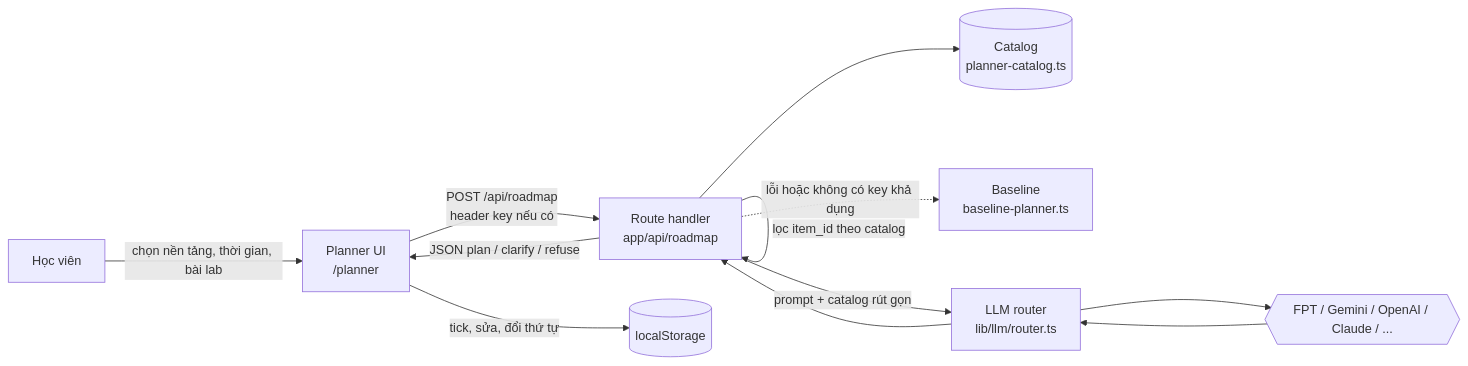
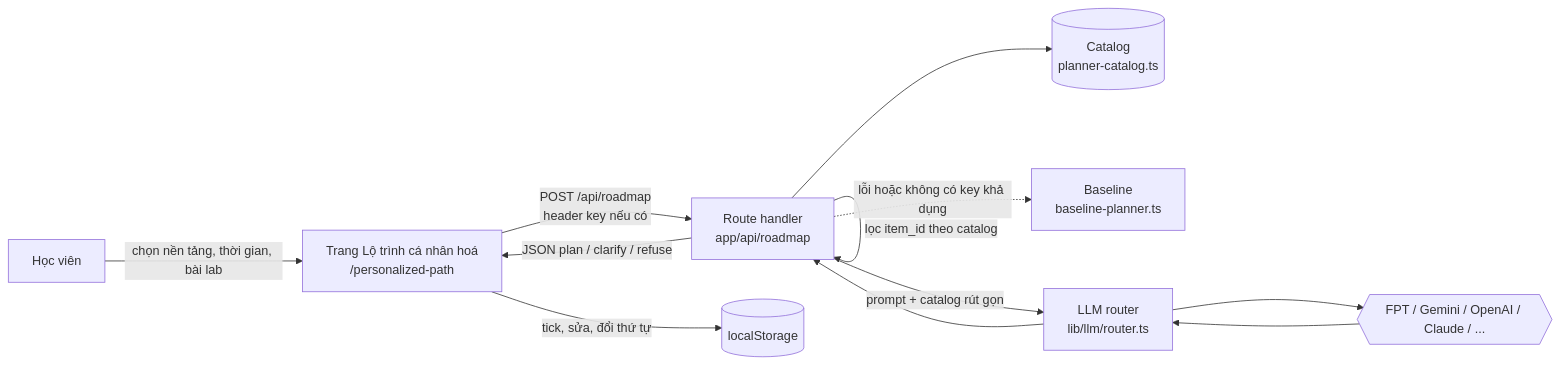
One commit to Dokhacgiakhoa/K4-3A-e403-Vinonymus changed the diagram in docs/02-kien-truc.md. Above: the diagram before and after it, drawn with Mermaid. The commit also changed other lines of this file and 19 other files, not shown here.

First line of the commit message:
feat: rename planner page to Personalized Learning Path at /personalized-path

````diff
--- a/docs/02-kien-truc.md
+++ b/docs/02-kien-truc.md
@@ -7,14 +7,14 @@
 ```mermaid
 flowchart LR
-    U[Học viên] -->|chọn nền tảng, thời gian, bài lab| W[Planner UI<br/>/planner]
+    U[Học viên] -->|chọn nền tảng, thời gian, bài lab| W[Trang Lộ trình cá nhân hoá<br/>/personalized-path]
     W -->|POST /api/roadmap<br/>header key nếu có| R[Route handler<br/>app/api/roadmap]
     R -->|validate zod| R
     R --> C[(Catalog<br/>planner-catalog.ts)]
     R -->|prompt + catalog rút gọn| L[LLM router<br/>lib/llm/router.ts]
     L --> P{{FPT / Gemini / OpenAI / Claude / ...}}
     P --> L --> R
     R -->|lọc item_id theo catalog| R
     R -->|JSON plan / clarify / refuse| W
     R -.lỗi hoặc không có key khả dụng.-> B[Baseline<br/>baseline-planner.ts]
     W -->|tick, sửa, đổi thứ tự| S[(localStorage)]
 ```
````
